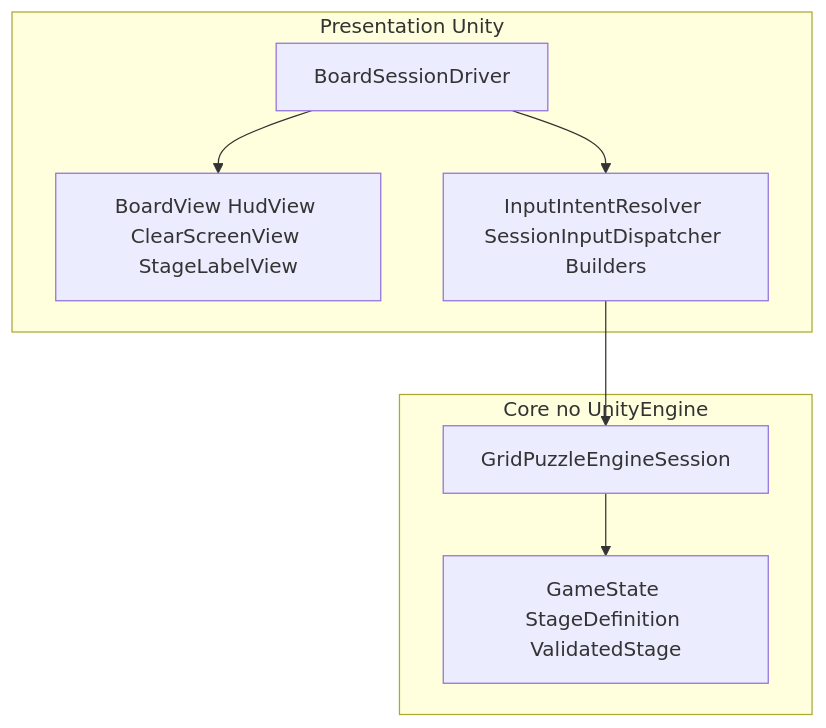
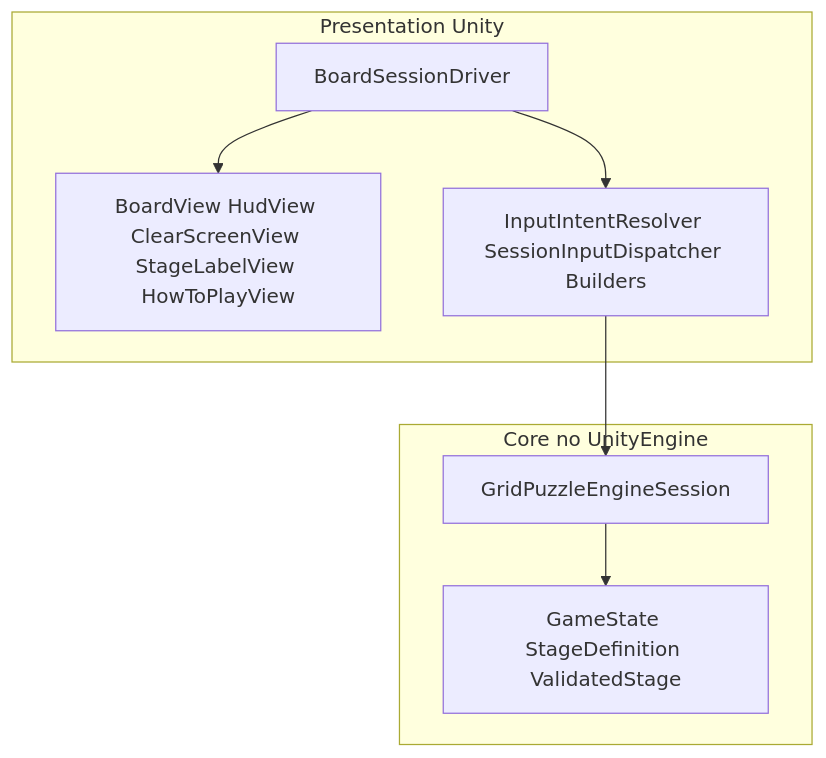
Before and after one commit to yuya-hatano-abs/SpecterTick: the first of 2 diagrams in docs/ARCHITECTURE.md, drawn with Mermaid. The commit also changed other lines of this file and 21 other files, not shown here.

Commit message:
feat: 遊び方の画面の追加(HowToPlayState、HowToPlayModelBuilder、HowToPlayView)

````diff
--- a/docs/ARCHITECTURE.md
+++ b/docs/ARCHITECTURE.md
@@ -18,16 +18,16 @@
 ```mermaid
 flowchart TB
   subgraph presentation [Presentation Unity]
     Driver[BoardSessionDriver]
-    Views[BoardView HudView ClearScreenView StageLabelView]
+    Views[BoardView HudView ClearScreenView StageLabelView HowToPlayView]
     Pure[InputIntentResolver SessionInputDispatcher Builders]
   end
   subgraph core [Core no UnityEngine]
     Session[GridPuzzleEngineSession]
     State[GameState StageDefinition ValidatedStage]
   end
   Driver --> Pure
   Pure --> Session
   Driver --> Views
   Session --> State
 ```
````
